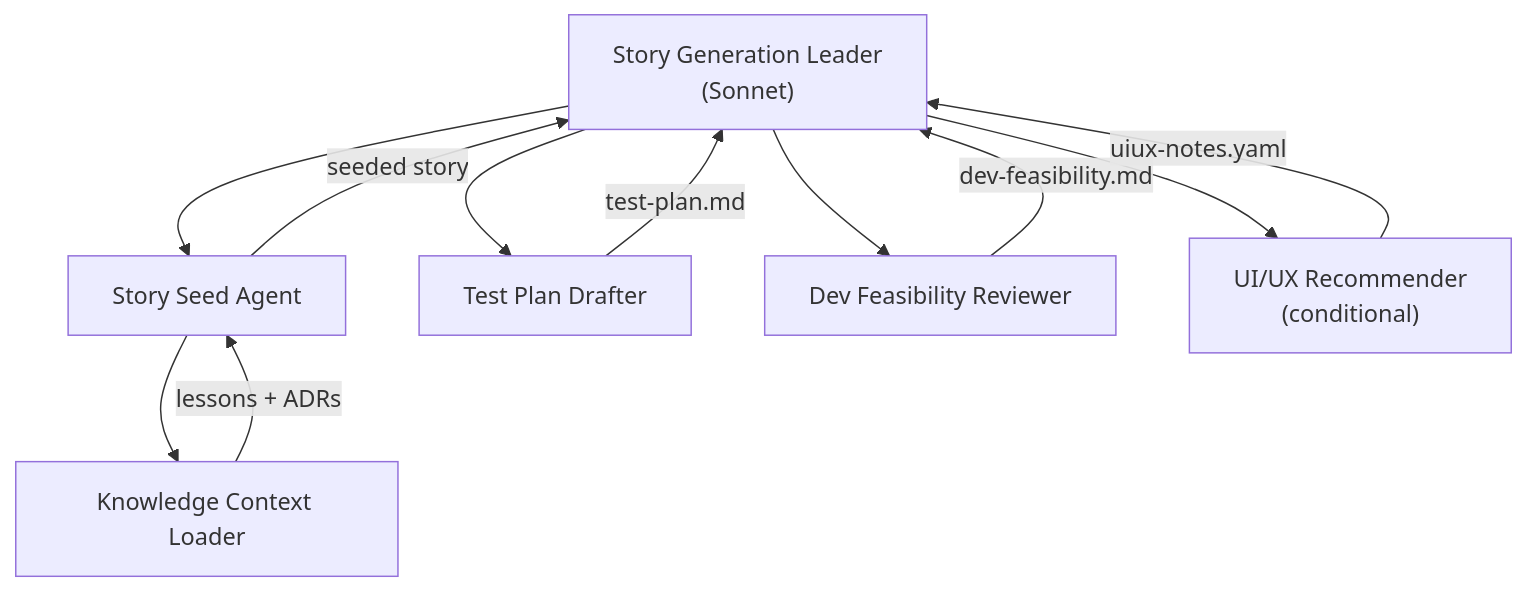
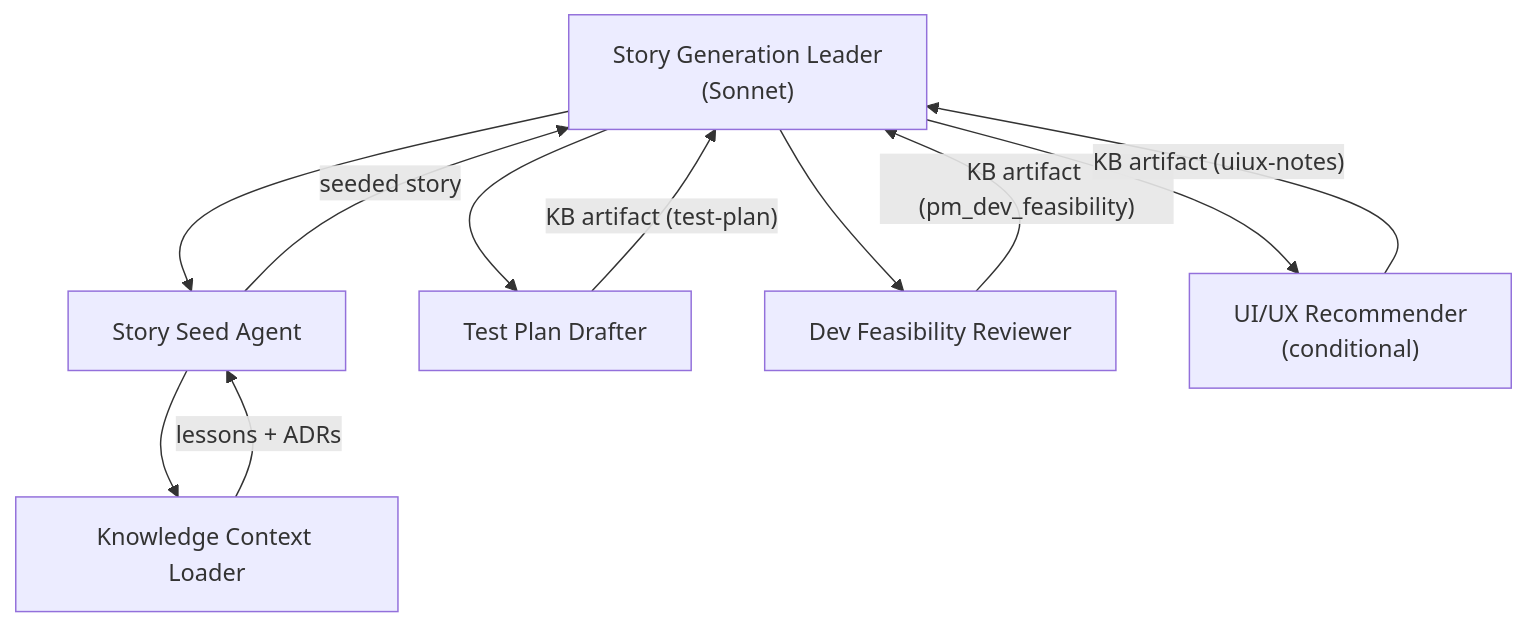
Before and after one commit to michael-menard/monorepo: the fourth of 9 diagrams in docs/workflow/unified-development-flow-overview.md, drawn with Mermaid. The commit also changed other lines of this file and 20 other files, not shown here.

````diff
--- a/docs/workflow/unified-development-flow-overview.md
+++ b/docs/workflow/unified-development-flow-overview.md
@@ -212,16 +218,16 @@
 ```mermaid
 flowchart TB
     L["Story Generation Leader<br/>(Sonnet)"] --> SEED["Story Seed Agent"]
     SEED --> KC["Knowledge Context Loader"]
 
     L --> TP["Test Plan Drafter"]
     L --> DF["Dev Feasibility Reviewer"]
     L --> UX["UI/UX Recommender<br/>(conditional)"]
 
     KC --> |"lessons + ADRs"| SEED
     SEED --> |"seeded story"| L
 
-    TP --> |"test-plan.md"| L
-    DF --> |"dev-feasibility.md"| L
-    UX --> |"uiux-notes.yaml"| L
+    TP --> |"KB artifact (test-plan)"| L
+    DF --> |"KB artifact (pm_dev_feasibility)"| L
+    UX --> |"KB artifact (uiux-notes)"| L
 ```
````
